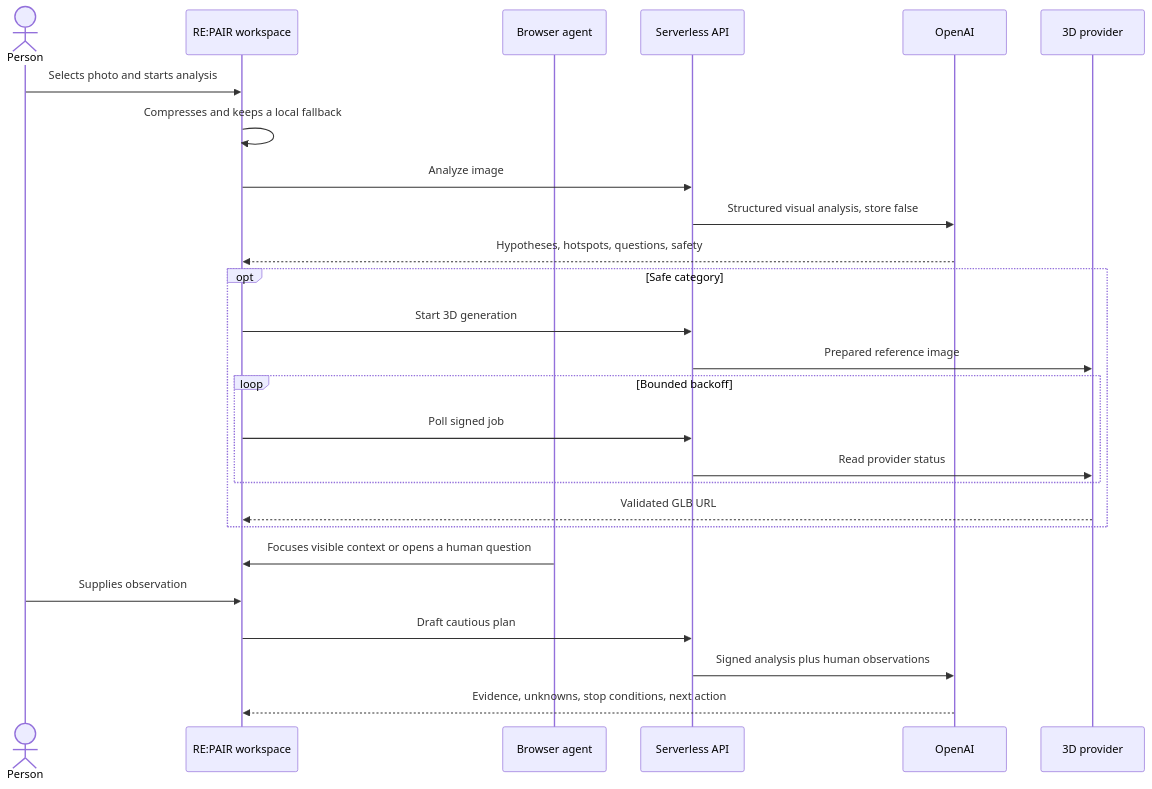
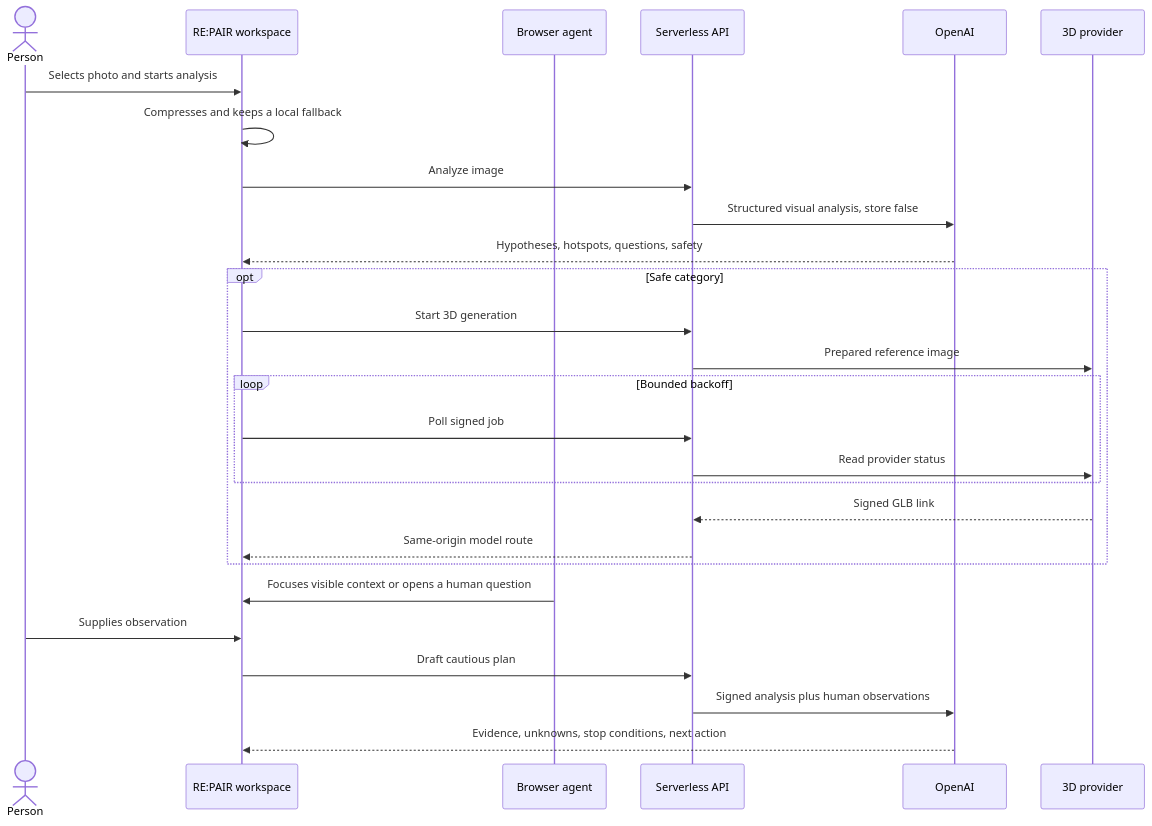
One commit to appdever01/repair-webmcp changed the second of 2 diagrams in README.md. Above: the diagram before and after it, drawn with Mermaid.

Commit message:
docs: show the same-origin model route in the sequence diagram

````diff
--- a/README.md
+++ b/README.md
@@ -49,29 +49,30 @@
 ```mermaid
 sequenceDiagram
   actor Person
   participant UI as RE:PAIR workspace
   participant Agent as Browser agent
   participant API as Serverless API
   participant OpenAI
   participant Provider as 3D provider
 
   Person->>UI: Selects photo and starts analysis
   UI->>UI: Compresses and keeps a local fallback
   UI->>API: Analyze image
   API->>OpenAI: Structured visual analysis, store false
   OpenAI-->>UI: Hypotheses, hotspots, questions, safety
   opt Safe category
     UI->>API: Start 3D generation
     API->>Provider: Prepared reference image
     loop Bounded backoff
       UI->>API: Poll signed job
       API->>Provider: Read provider status
     end
-    Provider-->>UI: Validated GLB URL
+    Provider-->>API: Signed GLB link
+    API-->>UI: Same-origin model route
   end
   Agent->>UI: Focuses visible context or opens a human question
   Person->>UI: Supplies observation
   UI->>API: Draft cautious plan
   API->>OpenAI: Signed analysis plus human observations
   OpenAI-->>UI: Evidence, unknowns, stop conditions, next action
 ```
````
